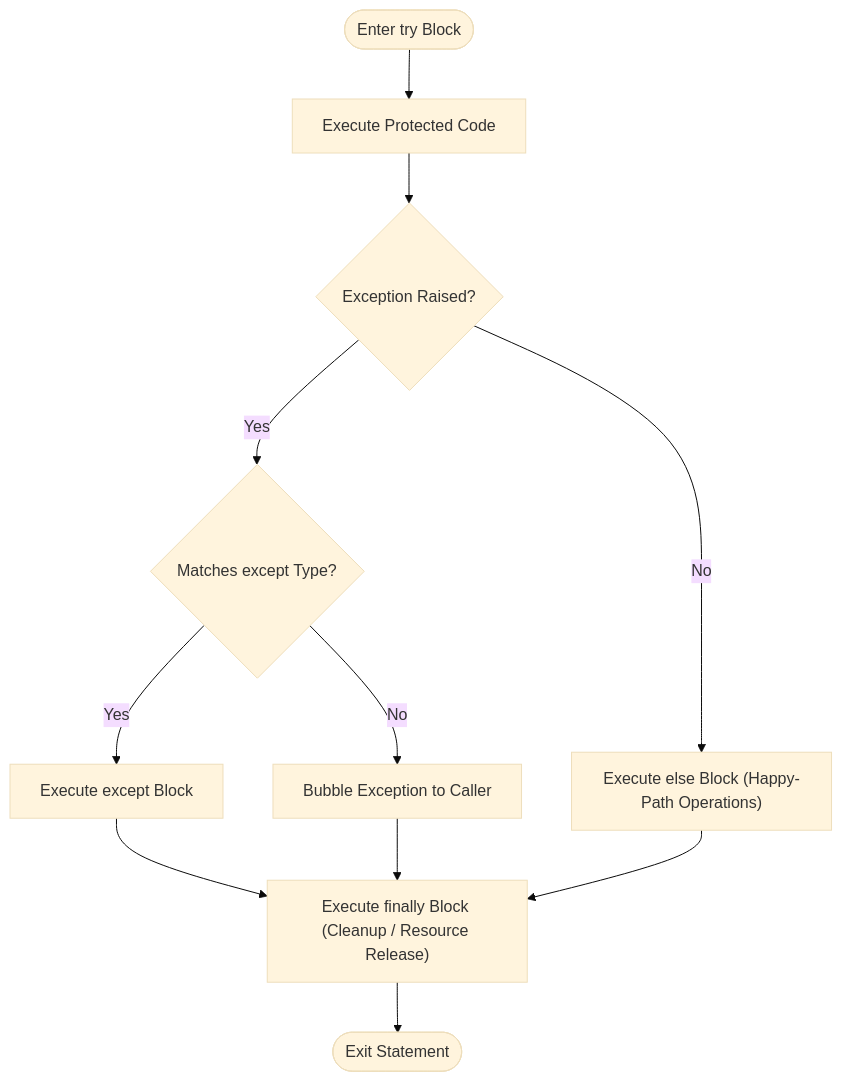
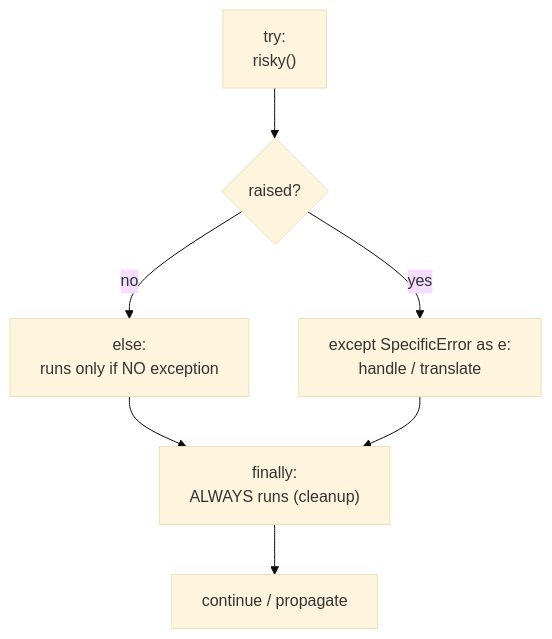
One commit to TapanKumarBarik/Backend-roadmap changed the first of 2 diagrams in content/lld/27-python-interview/12-exceptions-done-right/README.md. Above: the diagram before and after it, drawn with Mermaid (base theme). The commit also changed other lines of this file and 68 other files, not shown here.

````diff
--- a/content/lld/27-python-interview/12-exceptions-done-right/README.md
+++ b/content/lld/27-python-interview/12-exceptions-done-right/README.md
@@ -79,17 +26,9 @@
 ```mermaid
 flowchart TD
-    Start(["Enter try Block"]) --> ExecTry["Execute Protected Code"]
-    ExecTry --> CheckError{"Exception Raised?"}
-    
-    CheckError -- "Yes" --> MatchExcept{"Matches except Type?"}
-    MatchExcept -- "Yes" --> ExecExcept["Execute except Block"]
-    MatchExcept -- "No" --> Unhandled["Bubble Exception to Caller"]
-    
-    CheckError -- "No" --> ExecElse["Execute else Block (Happy-Path Operations)"]
-    
-    ExecExcept --> ExecFinally["Execute finally Block (Cleanup / Resource Release)"]
-    ExecElse --> ExecFinally
-    Unhandled --> ExecFinally
-    
-    ExecFinally --> Done(["Exit Statement"])
+  T["try:\n  risky()"] --> OK{"raised?"}
+  OK -- no --> E["else:\n  runs only if NO exception"]
+  OK -- yes --> X["except SpecificError as e:\n  handle / translate"]
+  E --> F
+  X --> F["finally:\n  ALWAYS runs (cleanup)"]
+  F --> N["continue / propagate"]
 ```
````
